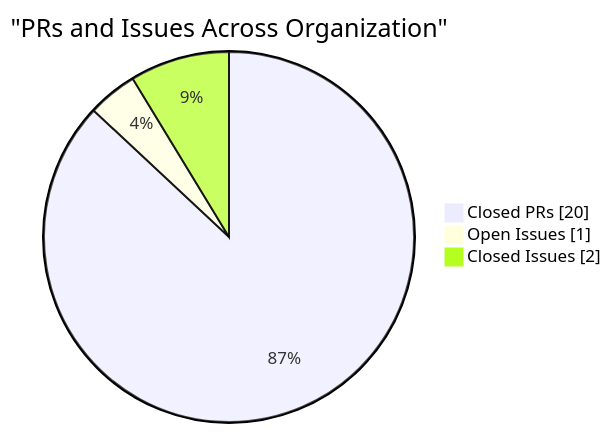
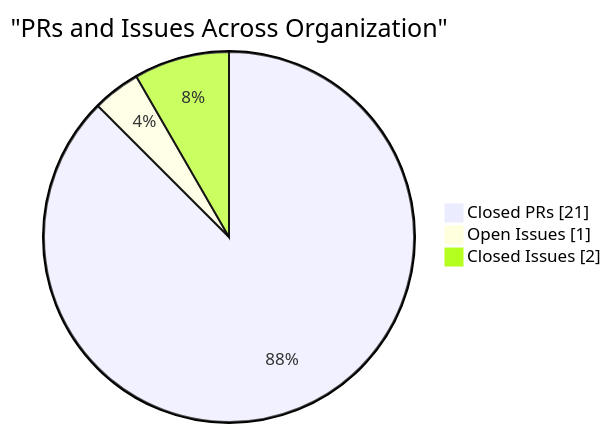
Before and after one commit to CSTH-Projects/.github: the fourth of 4 diagrams in profile/README.md, drawn with Mermaid. The commit also changed other lines of this file, not shown here.

````diff
--- a/profile/README.md
+++ b/profile/README.md
@@ -97,7 +100,7 @@
 ```mermaid
 pie showData
     title "PRs and Issues Across Organization"
-    "Closed PRs" : 20
+    "Closed PRs" : 21
     "Open Issues" : 1
     "Closed Issues" : 2
 ```
````
